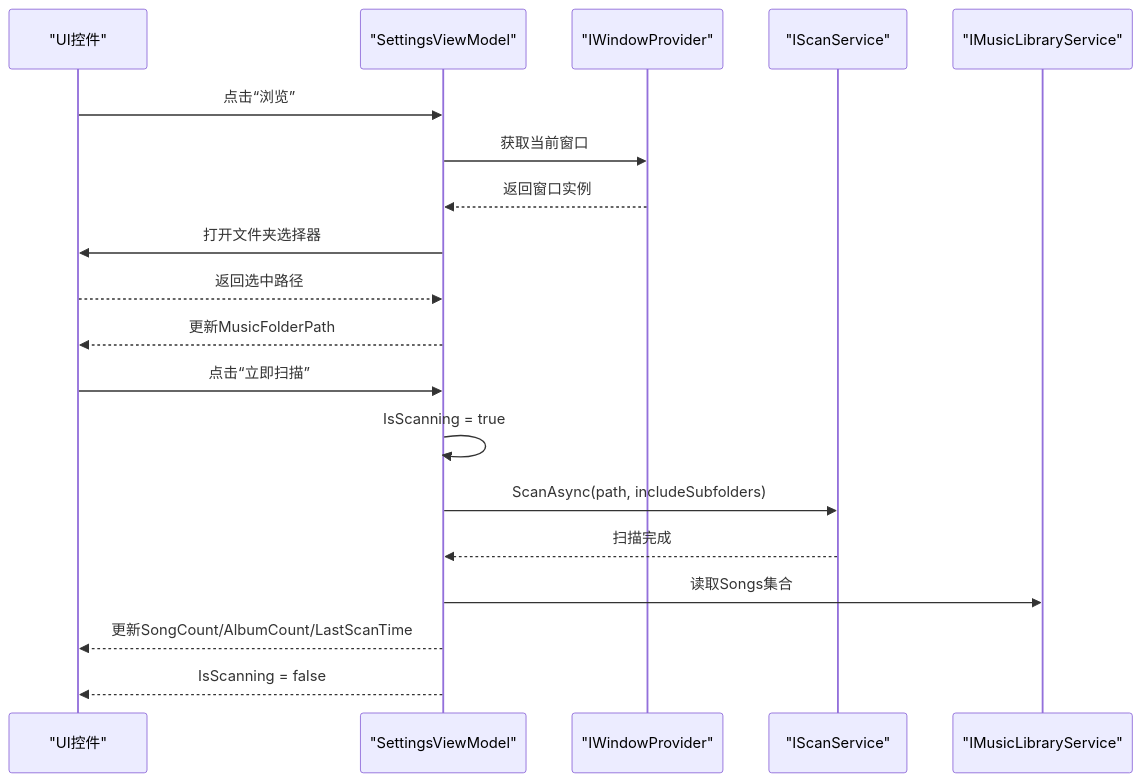
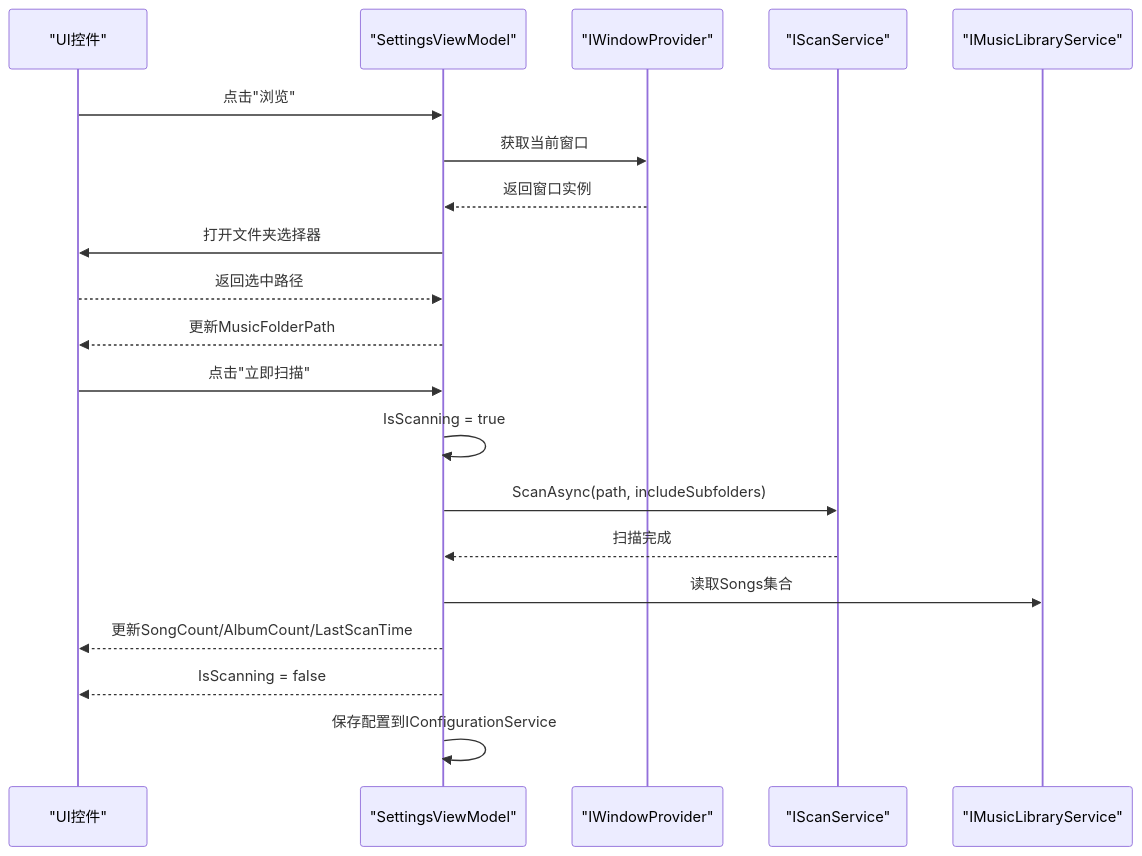
Before and after one commit to mariamjensen42-glitch/LocalMusicPlayer: the seventh of 8 diagrams in .qoder/repowiki/zh/content/视图模型层/视图模型层.md, drawn with Mermaid. The commit also changed other lines of this file and 14 other files, not shown here.

````diff
--- a/.qoder/repowiki/zh/content/视图模型层/视图模型层.md
+++ b/.qoder/repowiki/zh/content/视图模型层/视图模型层.md
@@ -281,21 +345,22 @@
 ```mermaid
 sequenceDiagram
 participant UI as "UI控件"
 participant VM as "SettingsViewModel"
 participant Win as "IWindowProvider"
 participant Scan as "IScanService"
 participant Lib as "IMusicLibraryService"
-UI->>VM : 点击“浏览”
+UI->>VM : 点击"浏览"
 VM->>Win : 获取当前窗口
 Win-->>VM : 返回窗口实例
 VM->>UI : 打开文件夹选择器
 UI-->>VM : 返回选中路径
 VM-->>UI : 更新MusicFolderPath
-UI->>VM : 点击“立即扫描”
+UI->>VM : 点击"立即扫描"
 VM->>VM : IsScanning = true
 VM->>Scan : ScanAsync(path, includeSubfolders)
 Scan-->>VM : 扫描完成
 VM->>Lib : 读取Songs集合
 VM-->>UI : 更新SongCount/AlbumCount/LastScanTime
 VM-->>UI : IsScanning = false
+VM->>VM : 保存配置到IConfigurationService
 ```
````
